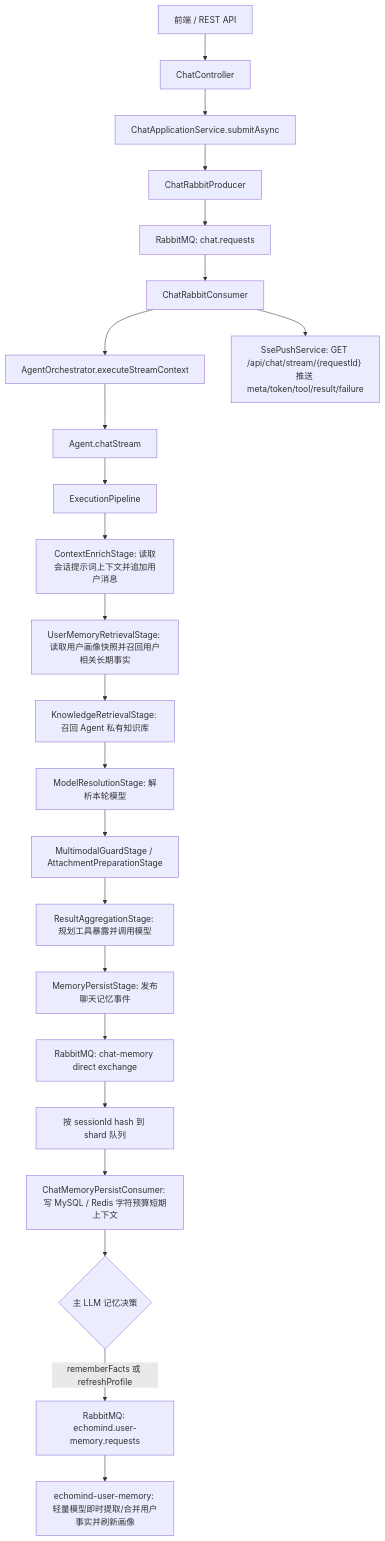
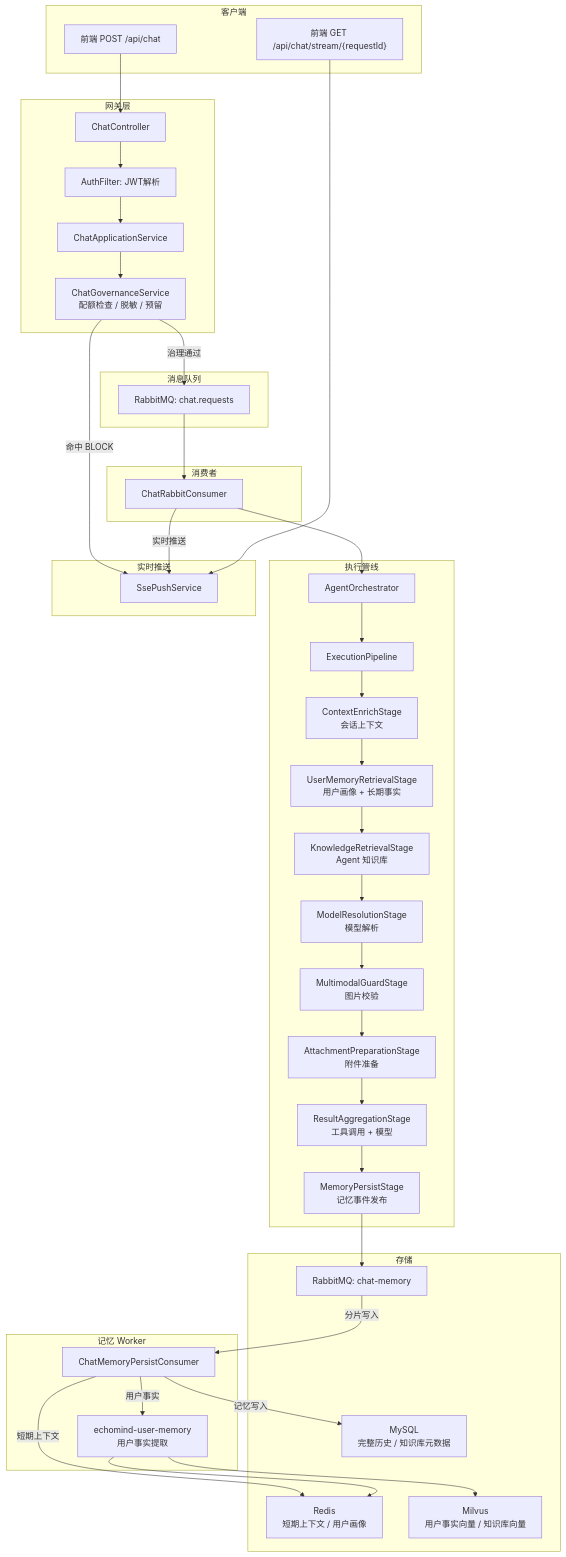
Before and after one commit to kaiyue-ai/EchoMind: the second of 3 diagrams in README.md, drawn with Mermaid. The commit also changed other lines of this file and 16248 other files, not shown here.

Commit message:
Update README with architecture diagrams and module documentation; fix pipeline stage order in diagram

````diff
--- a/README.md
+++ b/README.md
@@ -168,25 +122,66 @@
 ```mermaid
-flowchart TD
-    A["前端 / REST API"] --> B["ChatController"]
-    B --> E["ChatApplicationService.submitAsync"]
-    E --> F0["ChatRabbitProducer"]
-    F0 --> F["RabbitMQ: chat.requests"]
-    F --> G["ChatRabbitConsumer"]
-    G --> H["AgentOrchestrator.executeStreamContext"]
-    H --> J["Agent.chatStream"]
-    J --> K["ExecutionPipeline"]
-    K --> L["ContextEnrichStage: 读取会话提示词上下文并追加用户消息"]
-    L --> U["UserMemoryRetrievalStage: 读取用户画像快照并召回用户相关长期事实"]
-    U --> N["KnowledgeRetrievalStage: 召回 Agent 私有知识库"]
-    N --> M["ModelResolutionStage: 解析本轮模型"]
-    M --> MM["MultimodalGuardStage / AttachmentPreparationStage"]
-    MM --> O["ResultAggregationStage: 规划工具暴露并调用模型"]
-    O --> P["MemoryPersistStage: 发布聊天记忆事件"]
-    P --> V["RabbitMQ: chat-memory direct exchange"]
-    V --> W["按 sessionId hash 到 shard 队列"]
-    W --> X["ChatMemoryPersistConsumer: 写 MySQL / Redis 字符预算短期上下文"]
-    X --> R{"主 LLM 记忆决策"}
-    R -->|"rememberFacts 或 refreshProfile"| S["RabbitMQ: echomind.user-memory.requests"]
-    S --> Y["echomind-user-memory: 轻量模型即时提取/合并用户事实并刷新画像"]
-    G --> Q["SsePushService: GET /api/chat/stream/{requestId} 推送 meta/token/tool/result/failure"]
+flowchart TB
+    subgraph Client["客户端"]
+        A["前端 POST /api/chat"]
+        A2["前端 GET /api/chat/stream/{requestId}"]
+    end
+
+    subgraph Gateway["网关层"]
+        B["ChatController"]
+        B2["AuthFilter: JWT解析"]
+        B3["ChatApplicationService"]
+        B4["ChatGovernanceService<br/>配额检查 / 脱敏 / 预留"]
+    end
+
+    subgraph Queue["消息队列"]
+        F["RabbitMQ: chat.requests"]
+    end
+
+    subgraph Consumer["消费者"]
+        G["ChatRabbitConsumer"]
+    end
+
+    subgraph Core["执行管线"]
+        H["AgentOrchestrator"]
+        J["ExecutionPipeline"]
+        L["ContextEnrichStage<br/>会话上下文"]
+        U["UserMemoryRetrievalStage<br/>用户画像 + 长期事实"]
+        M["ModelResolutionStage<br/>模型解析"]
+        N["KnowledgeRetrievalStage<br/>Agent 知识库"]
+        MM["MultimodalGuardStage<br/>图片校验"]
+        MA["AttachmentPreparationStage<br/>附件准备"]
+        O["ResultAggregationStage<br/>工具调用 + 模型"]
+        P["MemoryPersistStage<br/>记忆事件发布"]
+    end
+
+    subgraph Push["实时推送"]
+        Q["SsePushService"]
+    end
+
+    subgraph Storage["存储"]
+        MySQL["MySQL<br/>完整历史 / 知识库元数据"]
+        Redis["Redis<br/>短期上下文 / 用户画像"]
+        Milvus["Milvus<br/>用户事实向量 / 知识库向量"]
+        RabbitMem["RabbitMQ: chat-memory"]
+    end
+
+    subgraph MemoryWorker["记忆 Worker"]
+        MW["ChatMemoryPersistConsumer"]
+        UW["echomind-user-memory<br/>用户事实提取"]
+    end
+
+    A --> B --> B2 --> B3 --> B4
+    B4 -->|治理通过| F
+    B4 -->|命中 BLOCK| Q
+    F --> G --> H --> J
+    J --> L --> U --> N --> M --> MM --> MA --> O --> P
+    P --> RabbitMem
+    RabbitMem -->|分片写入| MW
+    MW -->|记忆写入| MySQL
+    MW -->|短期上下文| Redis
+    MW -->|用户事实| UW
+    UW --> Milvus
+    UW --> Redis
+    G -->|实时推送| Q
+    A2 --> Q
 ```
````
